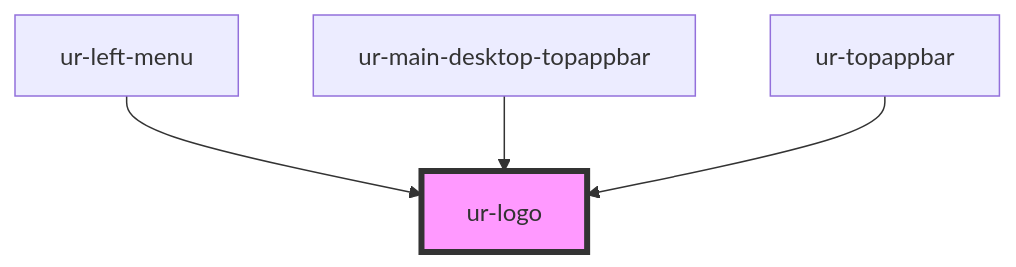
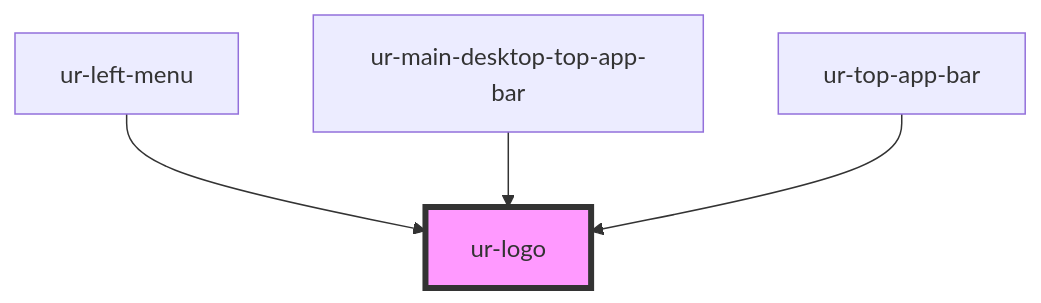
The diagram in src/components/ur-logo/readme.md (hellish/urnovl-web-components), drawn with Mermaid before and after one commit. The commit also changed other lines of this file and 113 other files, not shown here.

````diff
--- a/src/components/ur-logo/readme.md
+++ b/src/components/ur-logo/readme.md
@@ -28,7 +28,7 @@
 ```mermaid
 graph TD;
   ur-left-menu --> ur-logo
-  ur-main-desktop-topappbar --> ur-logo
-  ur-topappbar --> ur-logo
+  ur-main-desktop-top-app-bar --> ur-logo
+  ur-top-app-bar --> ur-logo
   style ur-logo fill:#f9f,stroke:#333,stroke-width:4px
 ```
````
